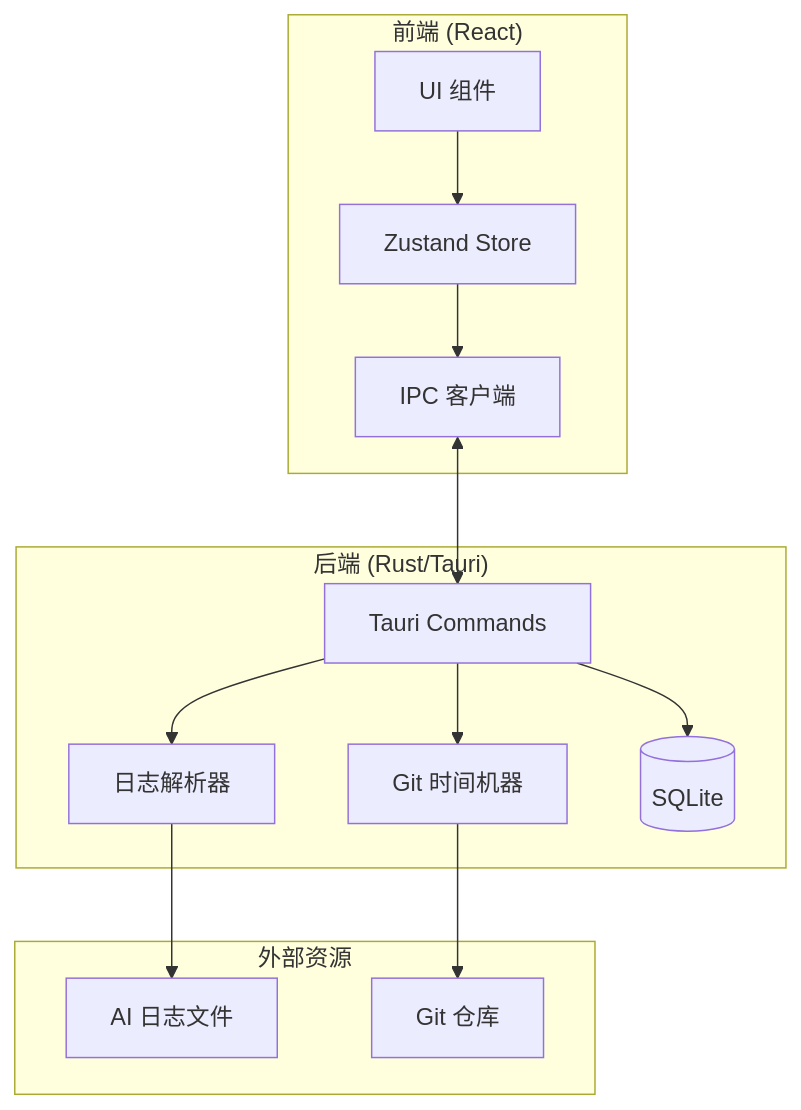
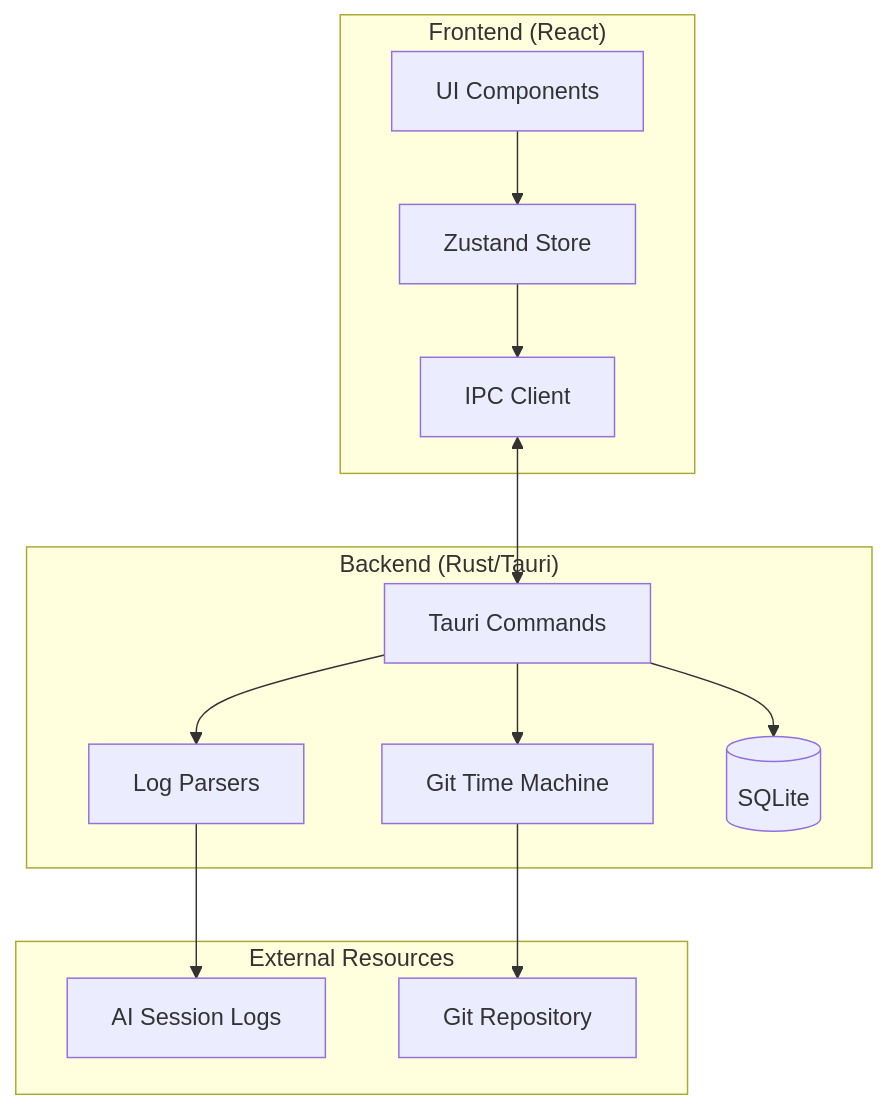
Before and after one commit to mantra-hq/mantra-releases: the diagram in README.md, drawn with Mermaid. The commit also changed other lines of this file and 1 other file, not shown here.

````diff
--- a/README.md
+++ b/README.md
@@ -113,29 +125,29 @@
 ```mermaid
 flowchart TB
-    subgraph Frontend["前端 (React)"]
-        UI[UI 组件]
+    subgraph Frontend["Frontend (React)"]
+        UI[UI Components]
         Store[Zustand Store]
-        IPC[IPC 客户端]
+        IPC[IPC Client]
     end
 
-    subgraph Backend["后端 (Rust/Tauri)"]
+    subgraph Backend["Backend (Rust/Tauri)"]
         Commands[Tauri Commands]
-        Parser[日志解析器]
-        Git[Git 时间机器]
+        Parser[Log Parsers]
+        Git[Git Time Machine]
         DB[(SQLite)]
     end
 
-    subgraph External["外部资源"]
-        Logs[AI 日志文件]
-        Repo[Git 仓库]
+    subgraph External["External Resources"]
+        Logs[AI Session Logs]
+        Repo[Git Repository]
     end
 
     UI --> Store
     Store --> IPC
     IPC <--> Commands
     Commands --> Parser
     Commands --> Git
     Commands --> DB
     Parser --> Logs
     Git --> Repo
 ```
````
